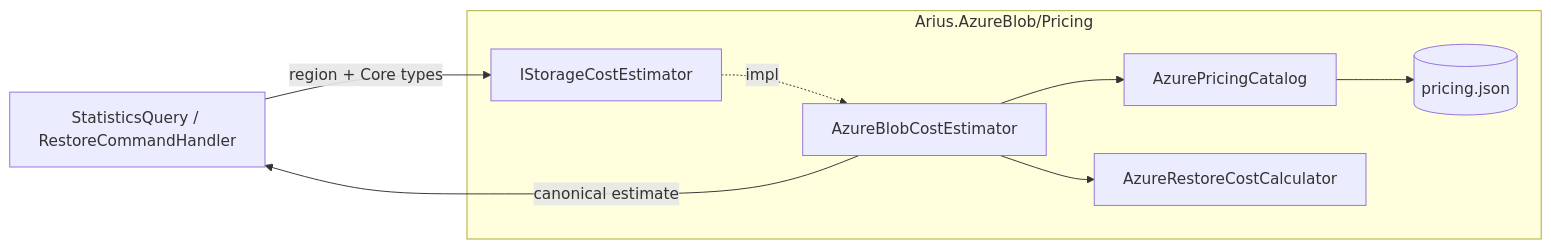
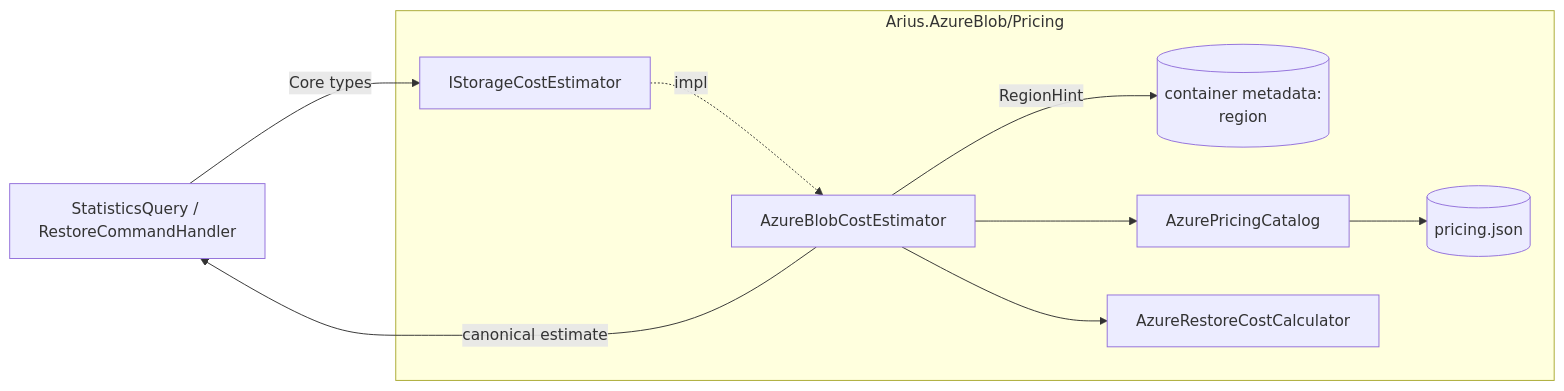
One commit to woutervanranst/Arius7 changed the diagram in docs/design/core/shared/cost.md. Above: the diagram before and after it, drawn with Mermaid. The commit also changed other lines of this file and 9 other files, not shown here.

````diff
--- a/docs/design/core/shared/cost.md
+++ b/docs/design/core/shared/cost.md
@@ -47,10 +46,11 @@
 ```mermaid
 flowchart LR
-    Q[StatisticsQuery / RestoreCommandHandler] -->|region + Core types| E[IStorageCostEstimator]
+    Q[StatisticsQuery / RestoreCommandHandler] -->|Core types| E[IStorageCostEstimator]
     subgraph azure[Arius.AzureBlob/Pricing]
       E -.impl.-> AE[AzureBlobCostEstimator]
+      AE -->|RegionHint| MD[(container metadata:<br/>region)]
       AE --> PC[AzurePricingCatalog] --> J[(pricing.json)]
       AE --> RC[AzureRestoreCostCalculator]
     end
     AE -->|canonical estimate| Q
 ```
````
